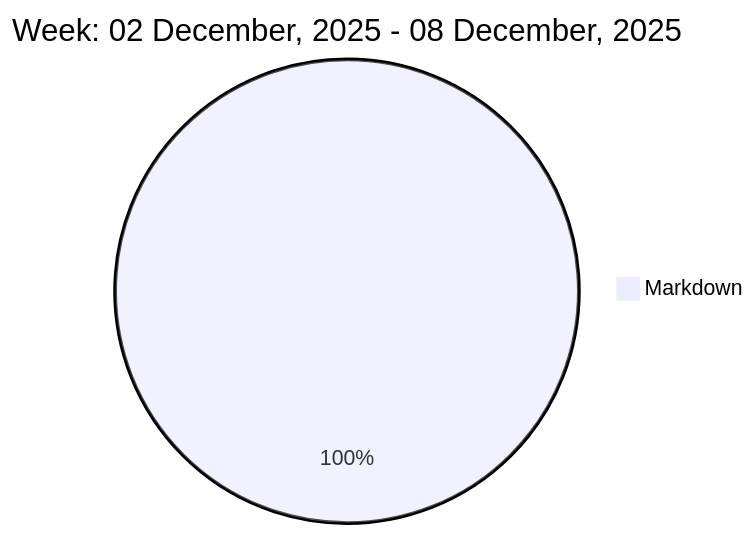
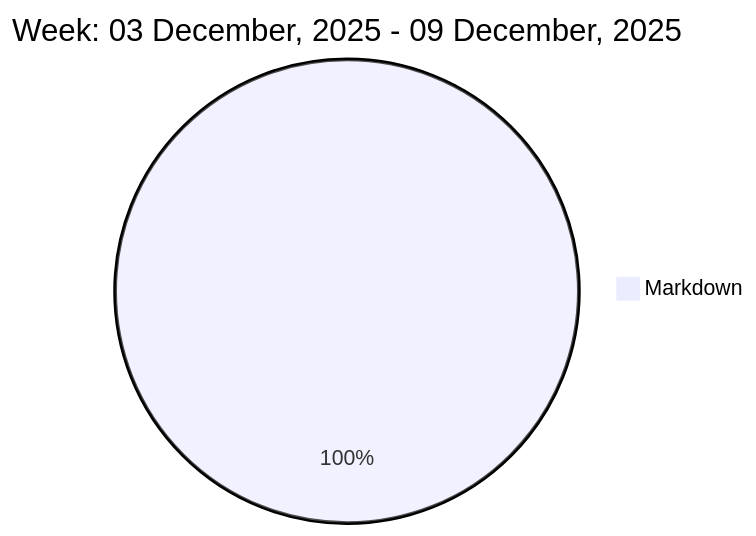
Before and after one commit to liubin95/liubin95: the diagram in README.md, drawn with Mermaid.

Commit message:
Updated the Graph with new Metrics

````diff
--- a/README.md
+++ b/README.md
@@ -37,5 +37,5 @@
 ```mermaid
  pie
-title Week: 02 December, 2025 - 08 December, 2025
- "Markdown" : 2.22
+title Week: 03 December, 2025 - 09 December, 2025
+ "Markdown" : 2.13
 ```
````
